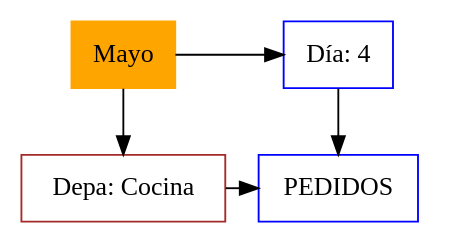
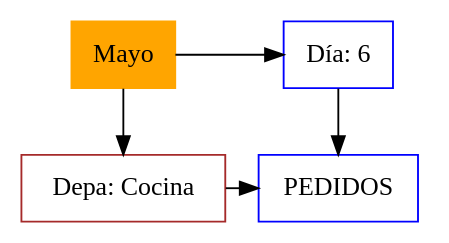
Before and after one commit to Daniel-Chicas/EDD_VirtualMall_201807079: the diagram in cliente/src/ImagenMatriz/Matriz.dot, drawn with Graphviz. The commit also changed 84 other files, not shown here.

```diff
--- a/cliente/src/ImagenMatriz/Matriz.dot
+++ b/cliente/src/ImagenMatriz/Matriz.dot
@@ -1,15 +1,15 @@
 digraph Daniel20215{
 node[shape=box];
 MT[label="Mayo", style = filled, color=orange, group = 1];
 e0[shape = point, width = 0];
 e0[shape = point, width = 0];
-node0xc000101270[color=brown, label="Depa: Cocina", group = 1];
-MT->node0xc000101270;
-node0xc0001012c0[color=blue, label="Día: 4", group = 2];
-MT->node0xc0001012c0;
-{rank = same;MT;node0xc0001012c0;}
-node0xc00047c880[color=blue, label="PEDIDOS", group = 2];
-node0xc0001012c0->node0xc00047c880;
-node0xc000101270->node0xc00047c880;
-{rank = same;node0xc000101270;node0xc00047c880;}
+node0xc000041220[color=brown, label="Depa: Cocina", group = 1];
+MT->node0xc000041220;
+node0xc000041270[color=blue, label="Día: 6", group = 2];
+MT->node0xc000041270;
+{rank = same;MT;node0xc000041270;}
+node0xc000182280[color=blue, label="PEDIDOS", group = 2];
+node0xc000041270->node0xc000182280;
+node0xc000041220->node0xc000182280;
+{rank = same;node0xc000041220;node0xc000182280;}
 }
```
